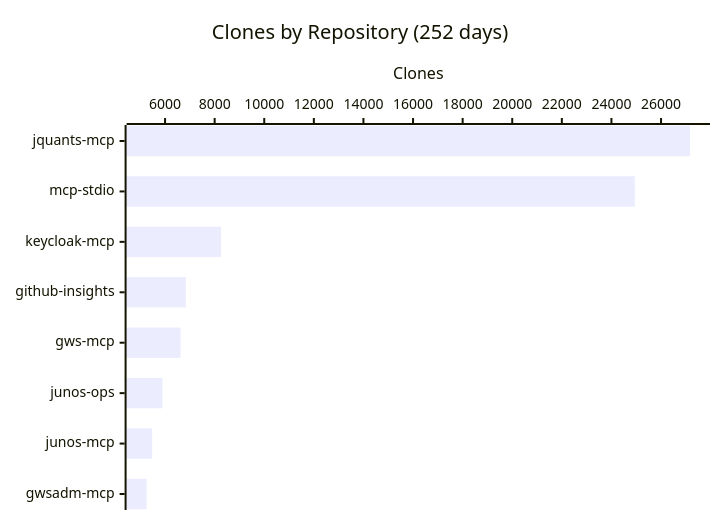
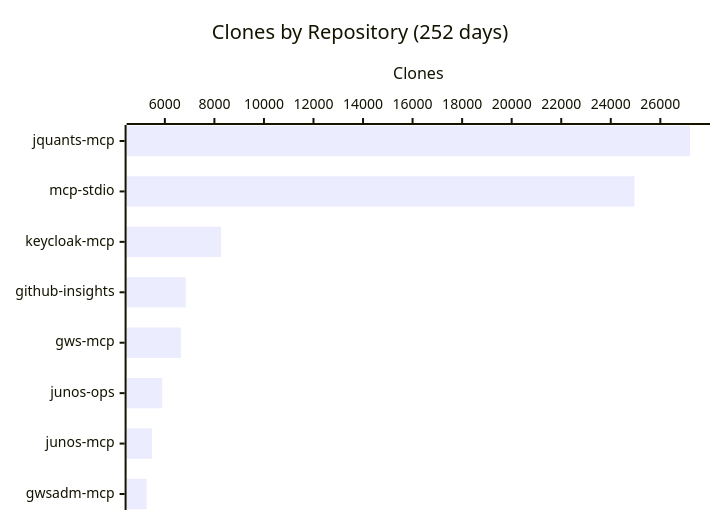
The fourth of 4 diagrams in README.md (shigechika/github-insights), drawn with Mermaid before and after one commit. The commit also changed other lines of this file and 1 other file, not shown here.

````diff
--- a/README.md
+++ b/README.md
@@ -58,7 +58,7 @@
 ```mermaid
 xychart-beta horizontal
     title "Clones by Repository (252 days)"
     x-axis ["jquants-mcp", "mcp-stdio", "keycloak-mcp", "github-insights", "gws-mcp", "junos-ops", "junos-mcp", "gwsadm-mcp"]
     y-axis "Clones"
-    bar [27167, 24943, 8258, 6839, 6627, 5894, 5480, 5257]
+    bar [27197, 24956, 8268, 6845, 6646, 5896, 5485, 5264]
 ```
````
